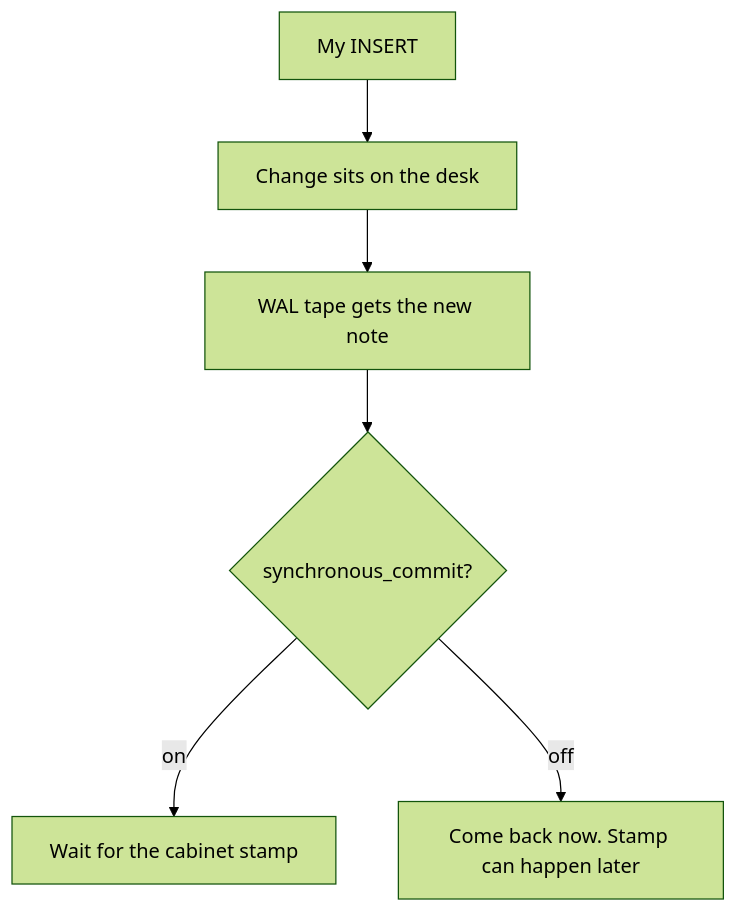
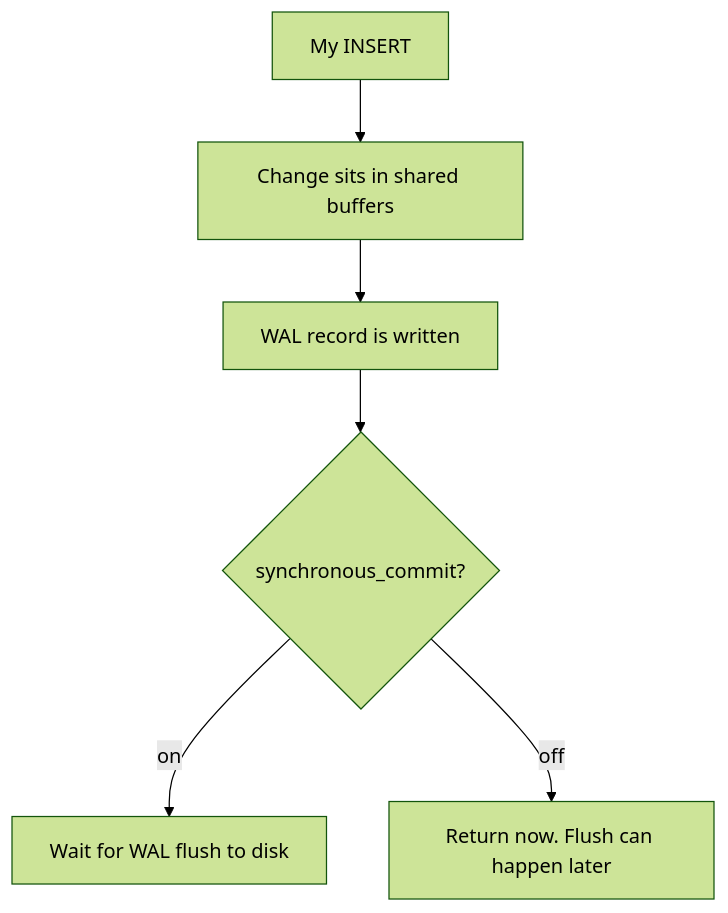
One commit to vijaykumarjob0701/theintelliwise changed the second of 2 diagrams in _posts/2026-09-24-postgres-physics-of-speed.md. Above: the diagram before and after it, drawn with Mermaid (forest theme). The commit also changed other lines of this file, not shown here.

````diff
--- a/_posts/2026-09-24-postgres-physics-of-speed.md
+++ b/_posts/2026-09-24-postgres-physics-of-speed.md
@@ -125,8 +125,8 @@
 ```mermaid
 flowchart TB
-  A[My INSERT] --> B[Change sits on the desk]
-  B --> C[WAL tape gets the new note]
+  A[My INSERT] --> B[Change sits in shared buffers]
+  B --> C[WAL record is written]
   C --> D{synchronous_commit?}
-  D -->|on| E[Wait for the cabinet stamp]
-  D -->|off| F[Come back now. Stamp can happen later]
+  D -->|on| E[Wait for WAL flush to disk]
+  D -->|off| F[Return now. Flush can happen later]
 ```
````
